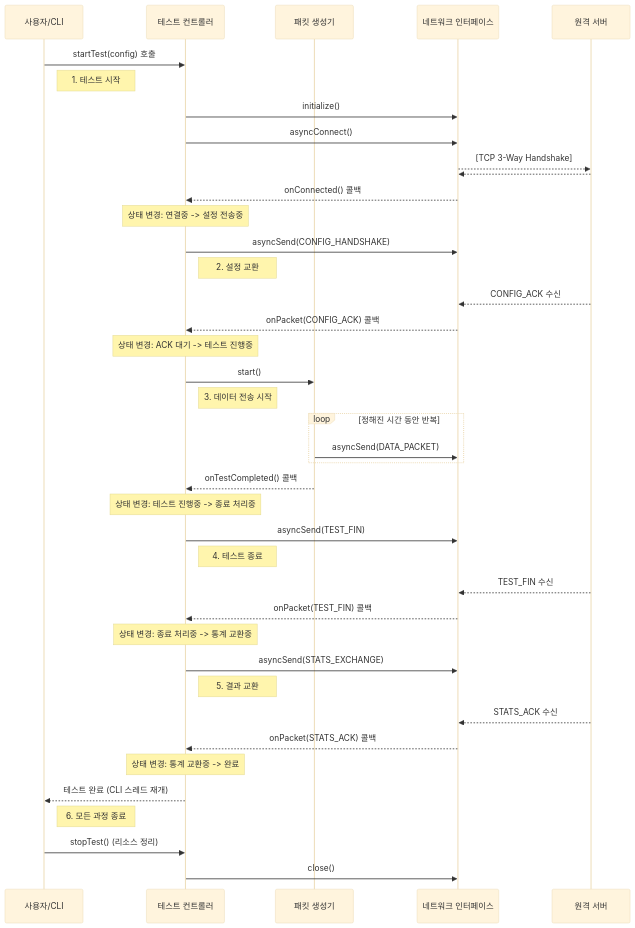
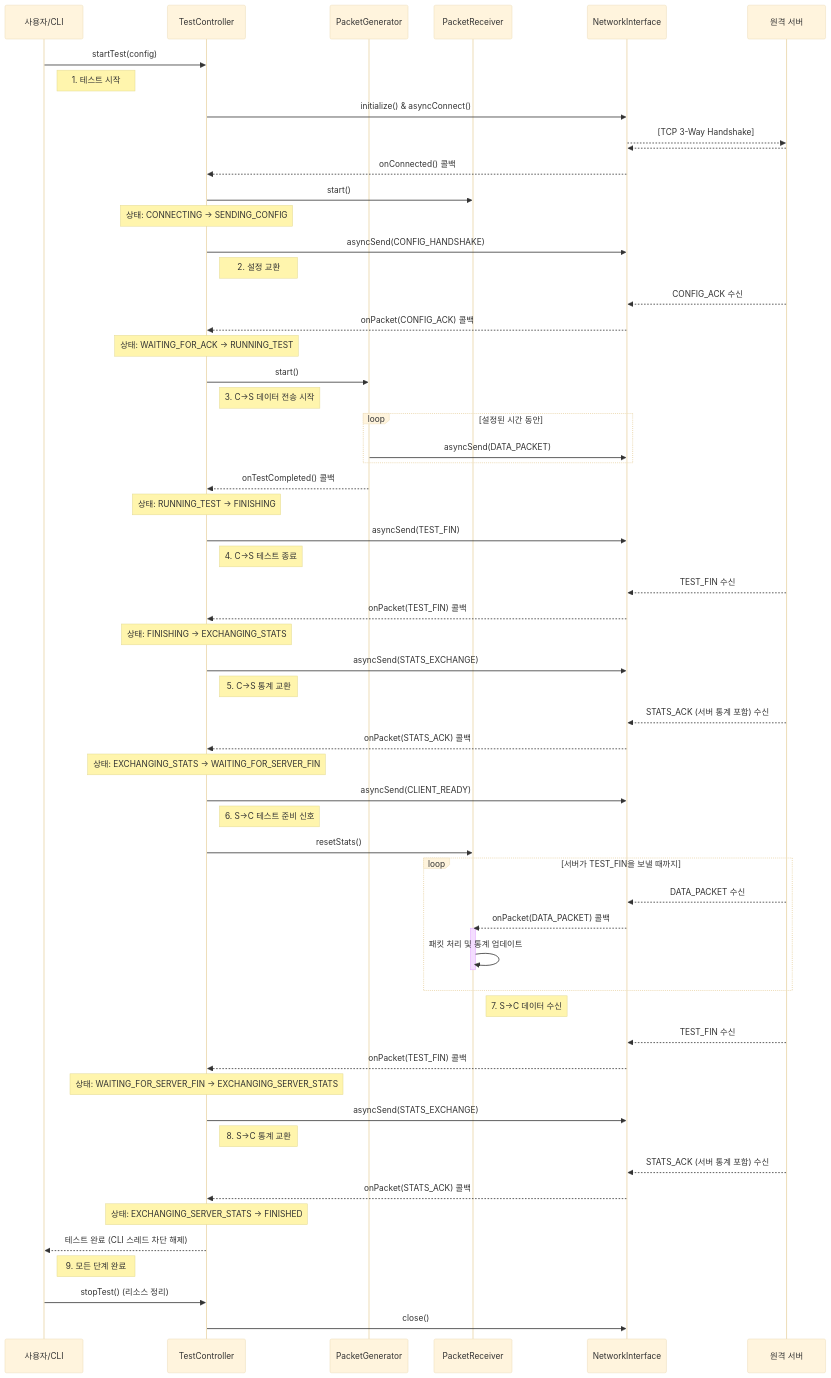
The diagram in UML/ClientSequenceDiagram.md (JunKIM2603a/MyIperf), drawn with Mermaid (base theme) before and after one commit. The commit also changed other lines of this file and 19 other files, not shown here.

````diff
--- a/UML/ClientSequenceDiagram.md
+++ b/UML/ClientSequenceDiagram.md
@@ -7,51 +7,75 @@
 ```mermaid
 sequenceDiagram
-    participant 사용자 as 사용자/CLI
-    participant 컨트롤러 as 테스트 컨트롤러
-    participant 생성기 as 패킷 생성기
-    participant 네트워크 as 네트워크 인터페이스
-    participant 서버 as 원격 서버
+    participant User as 사용자/CLI
+    participant Controller as TestController
+    participant Generator as PacketGenerator
+    participant Receiver as PacketReceiver
+    participant Network as NetworkInterface
+    participant Server as 원격 서버
 
-    사용자->>컨트롤러: startTest(config) 호출
-    note right of 사용자: 1. 테스트 시작
+    User->>Controller: startTest(config)
+    note right of User: 1. 테스트 시작
 
-    컨트롤러->>네트워크: initialize()
-    컨트롤러->>네트워크: asyncConnect()
-    네트워크-->>서버: [TCP 3-Way Handshake]
-    서버-->>네트워크: 
-    네트워크-->>컨트롤러: onConnected() 콜백
-    note over 컨트롤러: 상태 변경: 연결중 -> 설정 전송중
+    Controller->>Network: initialize() & asyncConnect()
+    Network-->>Server: [TCP 3-Way Handshake]
+    Server-->>Network: 
+    Network-->>Controller: onConnected() 콜백
+    Controller->>Receiver: start()
+    note over Controller: 상태: CONNECTING -> SENDING_CONFIG
 
-    컨트롤러->>네트워크: asyncSend(CONFIG_HANDSHAKE)
-    note right of 컨트롤러: 2. 설정 교환
-    서버-->>네트워크: CONFIG_ACK 수신
-    네트워크-->>컨트롤러: onPacket(CONFIG_ACK) 콜백
-    note over 컨트롤러: 상태 변경: ACK 대기 -> 테스트 진행중
+    Controller->>Network: asyncSend(CONFIG_HANDSHAKE)
+    note right of Controller: 2. 설정 교환
+    Server-->>Network: CONFIG_ACK 수신
+    Network-->>Controller: onPacket(CONFIG_ACK) 콜백
+    note over Controller: 상태: WAITING_FOR_ACK -> RUNNING_TEST
 
-    컨트롤러->>생성기: start()
-    note right of 컨트롤러: 3. 데이터 전송 시작
+    Controller->>Generator: start()
+    note right of Controller: 3. C->S 데이터 전송 시작
 
-    loop 정해진 시간 동안 반복
-        생성기->>네트워크: asyncSend(DATA_PACKET)
+    loop 설정된 시간 동안
+        Generator->>Network: asyncSend(DATA_PACKET)
     end
 
-    생성기-->>컨트롤러: onTestCompleted() 콜백
-    note over 컨트롤러: 상태 변경: 테스트 진행중 -> 종료 처리중
-    컨트롤러->>네트워크: asyncSend(TEST_FIN)
-    note right of 컨트롤러: 4. 테스트 종료
+    Generator-->>Controller: onTestCompleted() 콜백
+    note over Controller: 상태: RUNNING_TEST -> FINISHING
+    Controller->>Network: asyncSend(TEST_FIN)
+    note right of Controller: 4. C->S 테스트 종료
 
-    서버-->>네트워크: TEST_FIN 수신
-    네트워크-->>컨트롤러: onPacket(TEST_FIN) 콜백
-    note over 컨트롤러: 상태 변경: 종료 처리중 -> 통계 교환중
+    Server-->>Network: TEST_FIN 수신
+    Network-->>Controller: onPacket(TEST_FIN) 콜백
+    note over Controller: 상태: FINISHING -> EXCHANGING_STATS
 
-    컨트롤러->>네트워크: asyncSend(STATS_EXCHANGE)
-    note right of 컨트롤러: 5. 결과 교환
-    서버-->>네트워크: STATS_ACK 수신
-    네트워크-->>컨트롤러: onPacket(STATS_ACK) 콜백
-    note over 컨트롤러: 상태 변경: 통계 교환중 -> 완료
+    Controller->>Network: asyncSend(STATS_EXCHANGE)
+    note right of Controller: 5. C->S 통계 교환
+    Server-->>Network: STATS_ACK (서버 통계 포함) 수신
+    Network-->>Controller: onPacket(STATS_ACK) 콜백
+    note over Controller: 상태: EXCHANGING_STATS -> WAITING_FOR_SERVER_FIN
 
-    컨트롤러-->>사용자: 테스트 완료 (CLI 스레드 재개)
-    note right of 사용자: 6. 모든 과정 종료
-    사용자->>컨트롤러: stopTest() (리소스 정리)
-    컨트롤러->>네트워크: close()
+    Controller->>Network: asyncSend(CLIENT_READY)
+    note right of Controller: 6. S->C 테스트 준비 신호
+    Controller->>Receiver: resetStats()
+
+    loop 서버가 TEST_FIN을 보낼 때까지
+        Server-->>Network: DATA_PACKET 수신
+        Network-->>Receiver: onPacket(DATA_PACKET) 콜백
+        activate Receiver
+        Receiver->>Receiver: 패킷 처리 및 통계 업데이트
+        deactivate Receiver
+    end
+    note right of Receiver: 7. S->C 데이터 수신
+
+    Server-->>Network: TEST_FIN 수신
+    Network-->>Controller: onPacket(TEST_FIN) 콜백
+    note over Controller: 상태: WAITING_FOR_SERVER_FIN -> EXCHANGING_SERVER_STATS
+    Controller->>Network: asyncSend(STATS_EXCHANGE)
+    note right of Controller: 8. S->C 통계 교환
+
+    Server-->>Network: STATS_ACK (서버 통계 포함) 수신
+    Network-->>Controller: onPacket(STATS_ACK) 콜백
+    note over Controller: 상태: EXCHANGING_SERVER_STATS -> FINISHED
+
+    Controller-->>User: 테스트 완료 (CLI 스레드 차단 해제)
+    note right of User: 9. 모든 단계 완료
+    User->>Controller: stopTest() (리소스 정리)
+    Controller->>Network: close()
 ```
````
